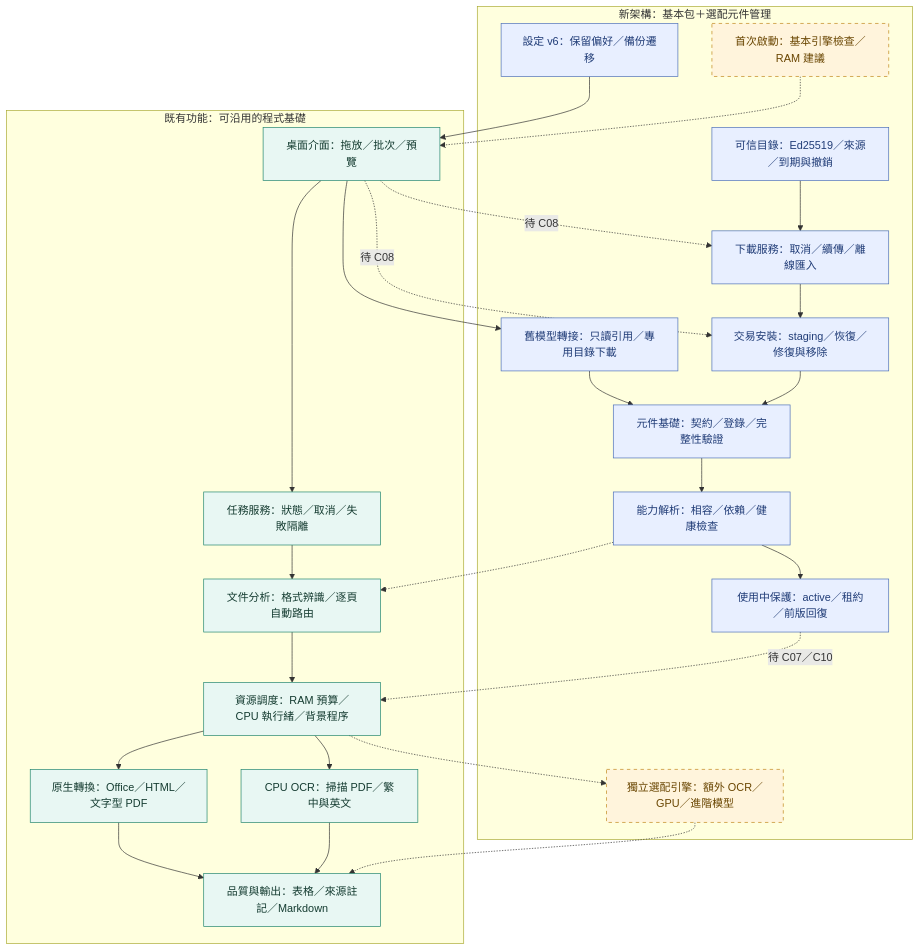
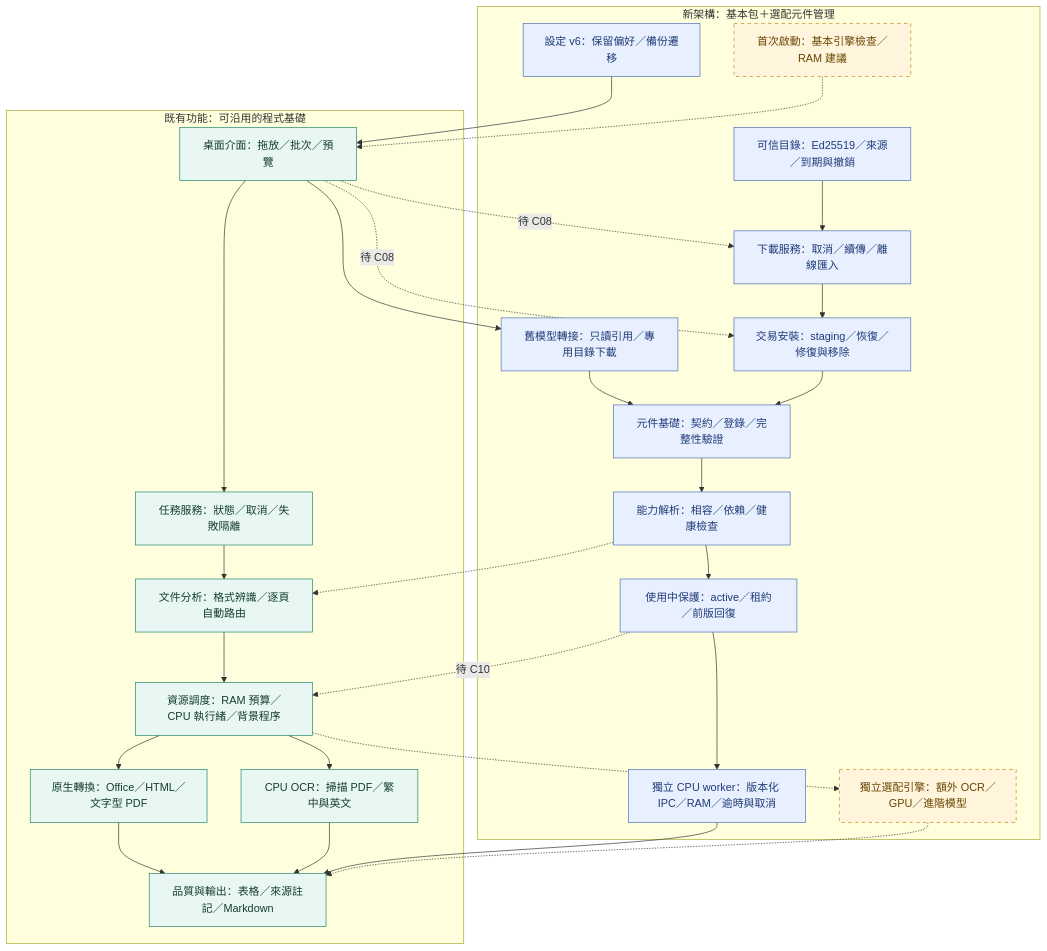
The diagram in README.md (ChouTa-chuan/MarkItDown-exe), drawn with Mermaid before and after one commit. The commit also changed other lines of this file and 77 other files, not shown here.

Commit message:
feat: 完成 C07 獨立 CPU worker 與版本化協定 (0.5.0)

````diff
--- a/README.md
+++ b/README.md
@@ -21,41 +21,44 @@
 ```mermaid
 flowchart TD
     subgraph Existing["既有功能：可沿用的程式基礎"]
         UI["桌面介面：拖放／批次／預覽"] --> APP["任務服務：狀態／取消／失敗隔離"]
         APP --> PLAN["文件分析：格式辨識／逐頁自動路由"]
         PLAN --> RES["資源調度：RAM 預算／CPU 執行緒／背景程序"]
         RES --> NATIVE["原生轉換：Office／HTML／文字型 PDF"]
         RES --> OCR["CPU OCR：掃描 PDF／繁中與英文"]
         NATIVE --> QUALITY["品質與輸出：表格／來源註記／Markdown"]
         OCR --> QUALITY
     end
     subgraph Planned["新架構：基本包＋選配元件管理"]
         FIRST["首次啟動：基本引擎檢查／RAM 建議"]
         COMPONENTS["元件基礎：契約／登錄／完整性驗證"]
         CAPABILITY["能力解析：相容／依賴／健康檢查"]
+        CPUWORKER["獨立 CPU worker：版本化 IPC／RAM／逾時與取消"]
         OPTIONAL["獨立選配引擎：額外 OCR／GPU／進階模型"]
         COMPONENTS --> CAPABILITY
         LEGACY["舊模型轉接：只讀引用／專用目錄下載"]
         PREFS["設定 v6：保留偏好／備份遷移"]
         LEGACY --> COMPONENTS
         CATALOG["可信目錄：Ed25519／來源／到期與撤銷"] --> DOWNLOAD["下載服務：取消／續傳／離線匯入"]
         DOWNLOAD --> INSTALL["交易安裝：staging／恢復／修復與移除"]
         INSTALL --> COMPONENTS
         CAPABILITY --> LEASE["使用中保護：active／租約／前版回復"]
     end
     UI -.->|待 C08| INSTALL
-    LEASE -.->|待 C07／C10| RES
+    LEASE --> CPUWORKER
+    CPUWORKER --> QUALITY
+    LEASE -.->|待 C10| RES
     UI -.->|待 C08| DOWNLOAD
     UI --> LEGACY
     PREFS --> UI
     FIRST -.-> UI
     CAPABILITY -.-> PLAN
     RES -.-> OPTIONAL
     OPTIONAL -.-> QUALITY
     classDef existing fill:#e8f7f3,stroke:#21856d,color:#153c31;
     classDef foundation fill:#e8efff,stroke:#4c6fb8,color:#203c77;
-    class COMPONENTS,CAPABILITY,LEGACY,PREFS,CATALOG,DOWNLOAD,INSTALL,LEASE foundation;
+    class COMPONENTS,CAPABILITY,LEGACY,PREFS,CATALOG,DOWNLOAD,INSTALL,LEASE,CPUWORKER foundation;
     classDef planned fill:#fff4dc,stroke:#be8519,color:#694500,stroke-dasharray:5 5;
     class UI,APP,PLAN,RES,NATIVE,OCR,QUALITY existing;
     class FIRST,OPTIONAL planned;
 ```
````
